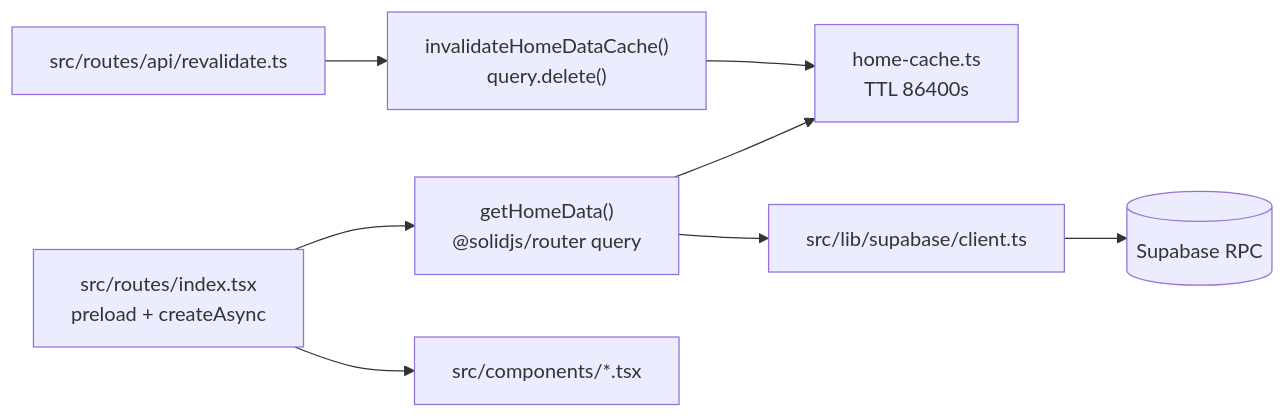
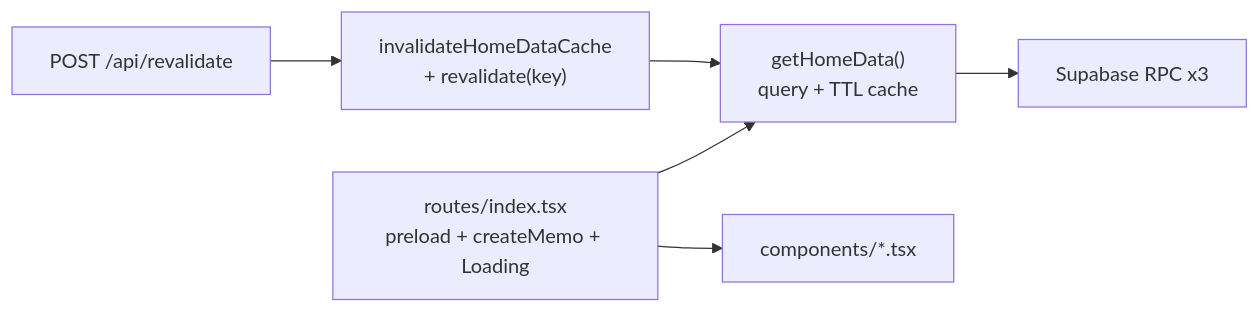
Before and after one commit to omegamaster86/Zenn.dev: the diagram in articles/solidstart-migration-guide.md, drawn with Mermaid. The commit also changed other lines of this file, not shown here.

````diff
--- a/articles/solidstart-migration-guide.md
+++ b/articles/solidstart-migration-guide.md
@@ -73,10 +349,8 @@
 ```mermaid
 flowchart LR
-  route["src/routes/index.tsx\npreload + createAsync"] --> query["getHomeData()\n@solidjs/router query"]
-  query --> cache["home-cache.ts\nTTL 86400s"]
-  query --> supabase["src/lib/supabase/client.ts"]
-  supabase --> rpc[(Supabase RPC)]
-  api["src/routes/api/revalidate.ts"] --> invalidate["invalidateHomeDataCache()\nquery.delete()"]
-  invalidate --> cache
-  route --> components["src/components/*.tsx"]
+  route["routes/index.tsx\npreload + createMemo + Loading"] --> query["getHomeData()\nquery + TTL cache"]
+  query --> supabase["Supabase RPC x3"]
+  api["POST /api/revalidate"] --> invalidate["invalidateHomeDataCache\n+ revalidate(key)"]
+  invalidate --> query
+  route --> components["components/*.tsx"]
 ```
````
